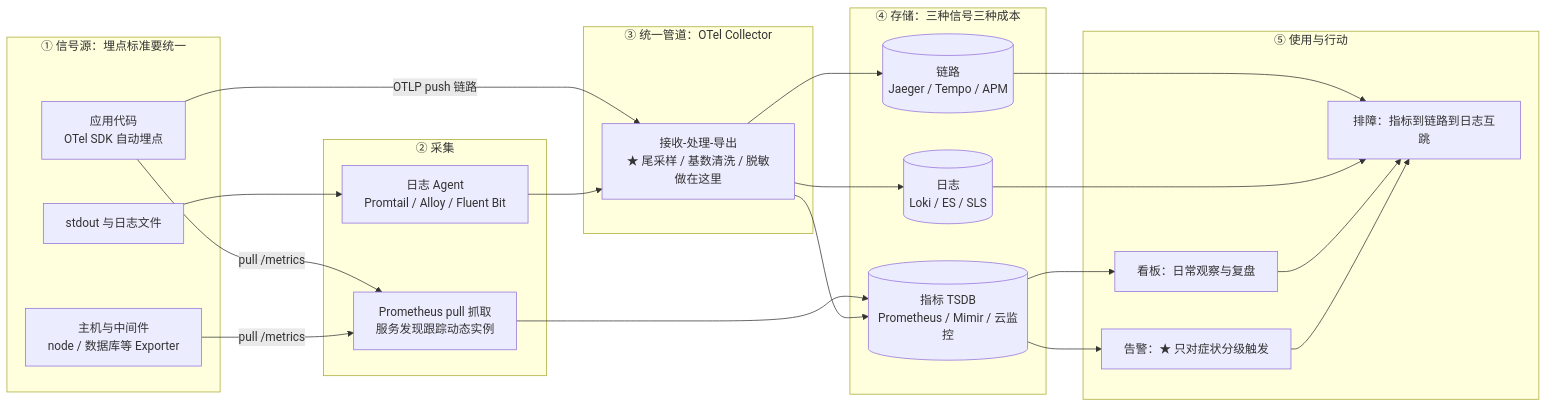
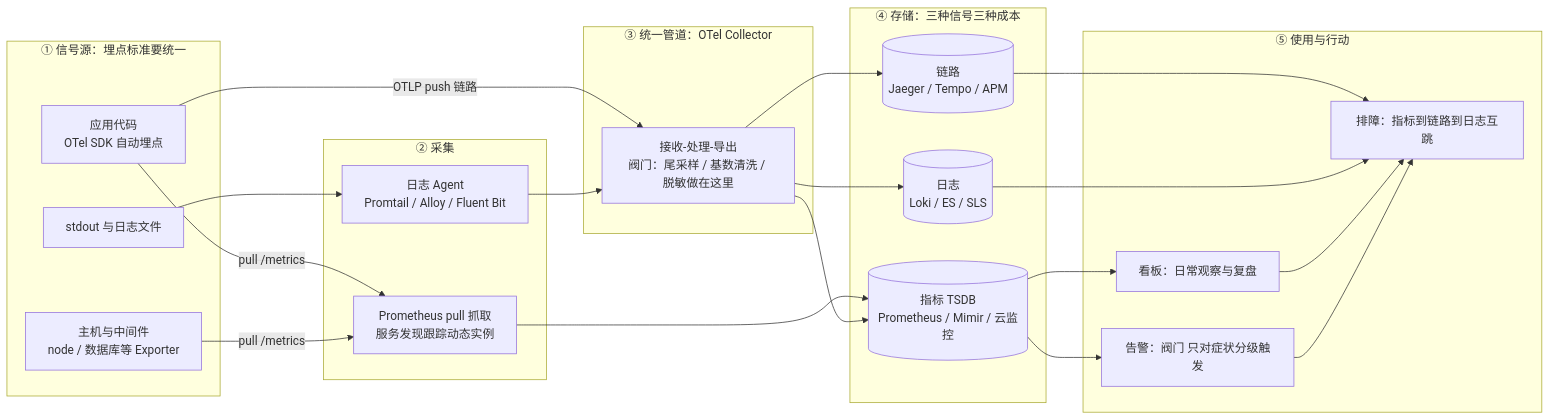
One commit to shuifans/cloud-ai-knowledge-base changed the first of 4 diagrams in docs/cloud/native/observability.md. Above: the diagram before and after it, drawn with Mermaid. The commit also changed other lines of this file and 294 other files, not shown here.

First line of the commit message:
更新: 全站 35 篇文章对标 speech-gen 全面升级（深度/配图/引用/决策图）

````diff
--- a/docs/cloud/native/observability.md
+++ b/docs/cloud/native/observability.md
@@ -58,40 +60,40 @@
 ```mermaid
 flowchart LR
   subgraph SRC["① 信号源：埋点标准要统一"]
     APP["应用代码<br/>OTel SDK 自动埋点"]
     EXP["主机与中间件<br/>node / 数据库等 Exporter"]
     LOGF["stdout 与日志文件"]
   end
   subgraph COLLECT["② 采集"]
     SCRAPE["Prometheus pull 抓取<br/>服务发现跟踪动态实例"]
     AGENT["日志 Agent<br/>Promtail / Alloy / Fluent Bit"]
   end
   subgraph PIPE["③ 统一管道：OTel Collector"]
-    PROC["接收-处理-导出<br/>★ 尾采样 / 基数清洗 / 脱敏做在这里"]
+    PROC["接收-处理-导出<br/>阀门：尾采样 / 基数清洗 / 脱敏做在这里"]
   end
   subgraph STORE["④ 存储：三种信号三种成本"]
     TS[("指标 TSDB<br/>Prometheus / Mimir / 云监控")]
     LS[("日志<br/>Loki / ES / SLS")]
     TR[("链路<br/>Jaeger / Tempo / APM")]
   end
   subgraph ACT["⑤ 使用与行动"]
     DASH["看板：日常观察与复盘"]
-    ALERT["告警：★ 只对症状分级触发"]
+    ALERT["告警：阀门 只对症状分级触发"]
     INVEST["排障：指标到链路到日志互跳"]
   end
   APP -->|"pull /metrics"| SCRAPE
   EXP -->|"pull /metrics"| SCRAPE
   APP -->|"OTLP push 链路"| PROC
   LOGF --> AGENT
   AGENT --> PROC
   SCRAPE --> TS
   PROC --> TS
   PROC --> LS
   PROC --> TR
   TS --> DASH
   TS --> ALERT
   TR --> INVEST
   LS --> INVEST
   DASH --> INVEST
   ALERT --> INVEST
 ```
````
